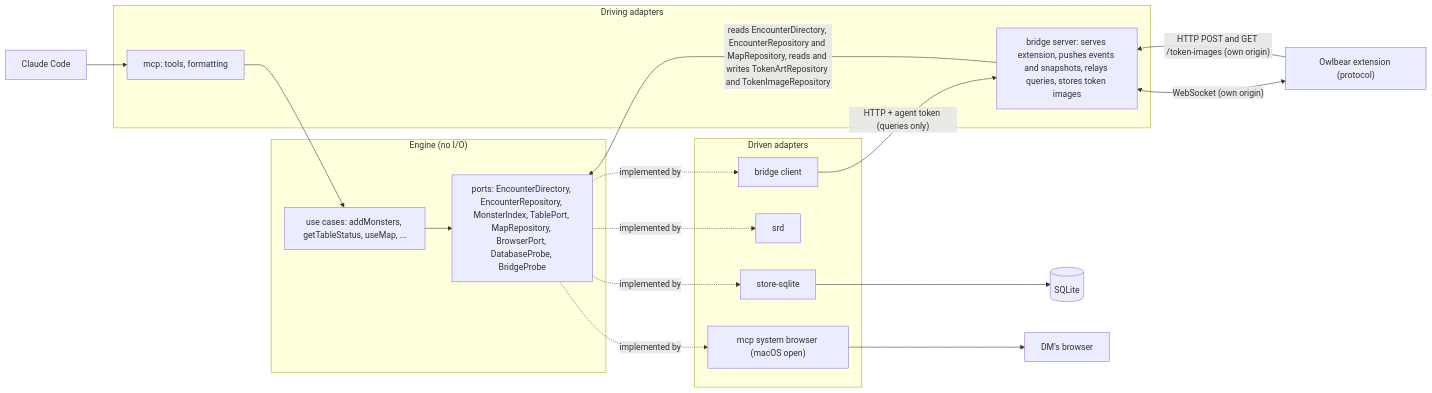
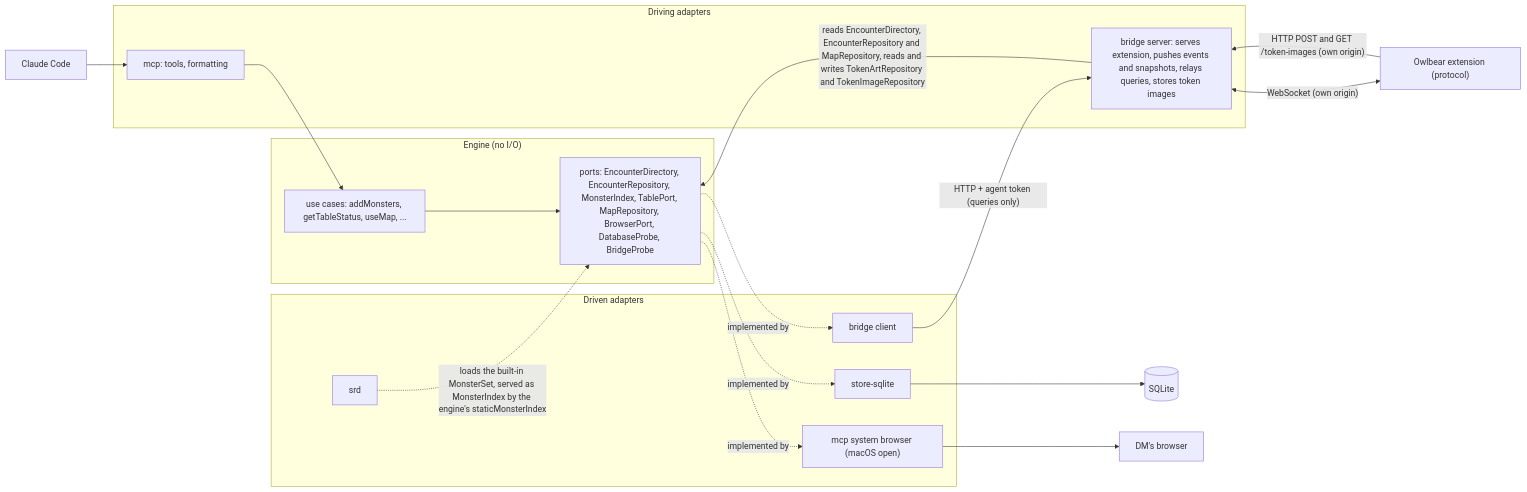
Before and after one commit to askrzypczak/ttrpg-agents: the first of 2 diagrams in docs/architecture.md, drawn with Mermaid. The commit also changed 2 other files, not shown here.

Commit message:
docs: the test book's source names its book and page, and the architecture diagram shows srd loading the MonsterSet (#377)

````diff
--- a/docs/architecture.md
+++ b/docs/architecture.md
@@ -9,30 +9,30 @@
 ```mermaid
 flowchart LR
   claude["Claude Code"] --> mcp
   subgraph driving["Driving adapters"]
     mcp["mcp: tools, formatting"]
     bsrv["bridge server: serves extension, pushes events and snapshots, relays queries, stores token images"]
   end
   subgraph core["Engine (no I/O)"]
     uc["use cases: addMonsters, getTableStatus, useMap, ..."]
     ports["ports: EncounterDirectory, EncounterRepository, MonsterIndex, TablePort, MapRepository, BrowserPort, DatabaseProbe, BridgeProbe"]
   end
   subgraph driven["Driven adapters"]
     store["store-sqlite"]
     srd["srd"]
     bclient["bridge client"]
     sysbrowser["mcp system browser (macOS open)"]
   end
   mcp --> uc
   bsrv -->|"reads EncounterDirectory, EncounterRepository and MapRepository, reads and writes TokenArtRepository and TokenImageRepository"| ports
   uc --> ports
   ports -.implemented by.-> store
-  ports -.implemented by.-> srd
+  srd -.->|"loads the built-in MonsterSet, served as MonsterIndex by the engine's staticMonsterIndex"| ports
   ports -.implemented by.-> bclient
   ports -.implemented by.-> sysbrowser
   store --> db[("SQLite")]
   bclient -->|"HTTP + agent token (queries only)"| bsrv
   sysbrowser --> browser["DM's browser"]
   bsrv <-->|"WebSocket (own origin)"| ext["Owlbear extension (protocol)"]
   ext -->|"HTTP POST and GET /token-images (own origin)"| bsrv
 ```
````
